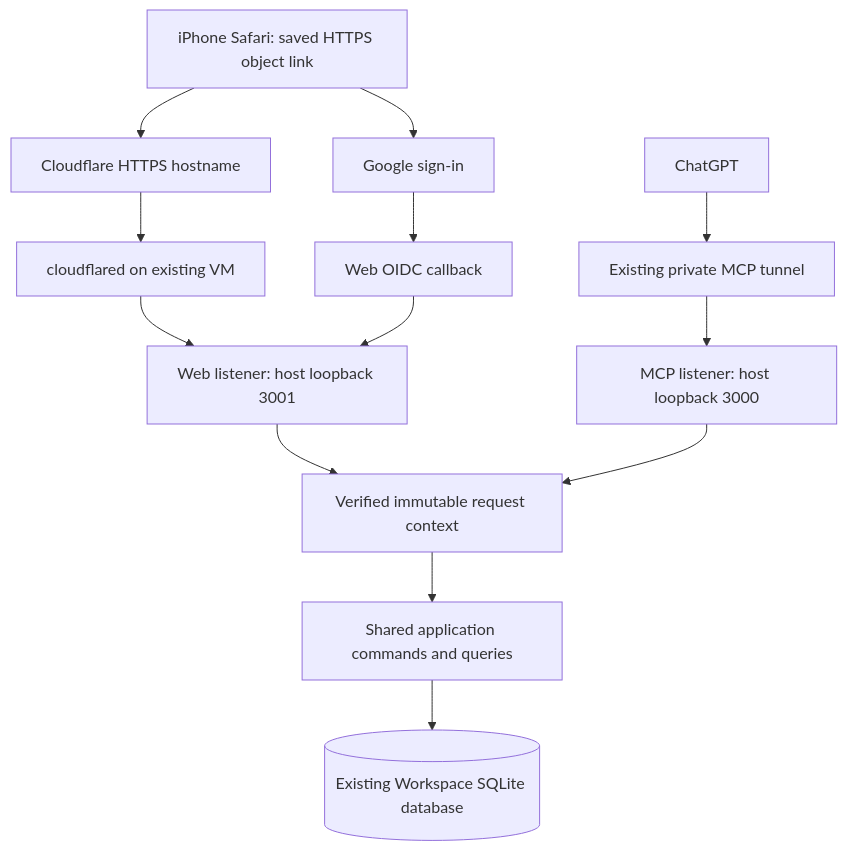
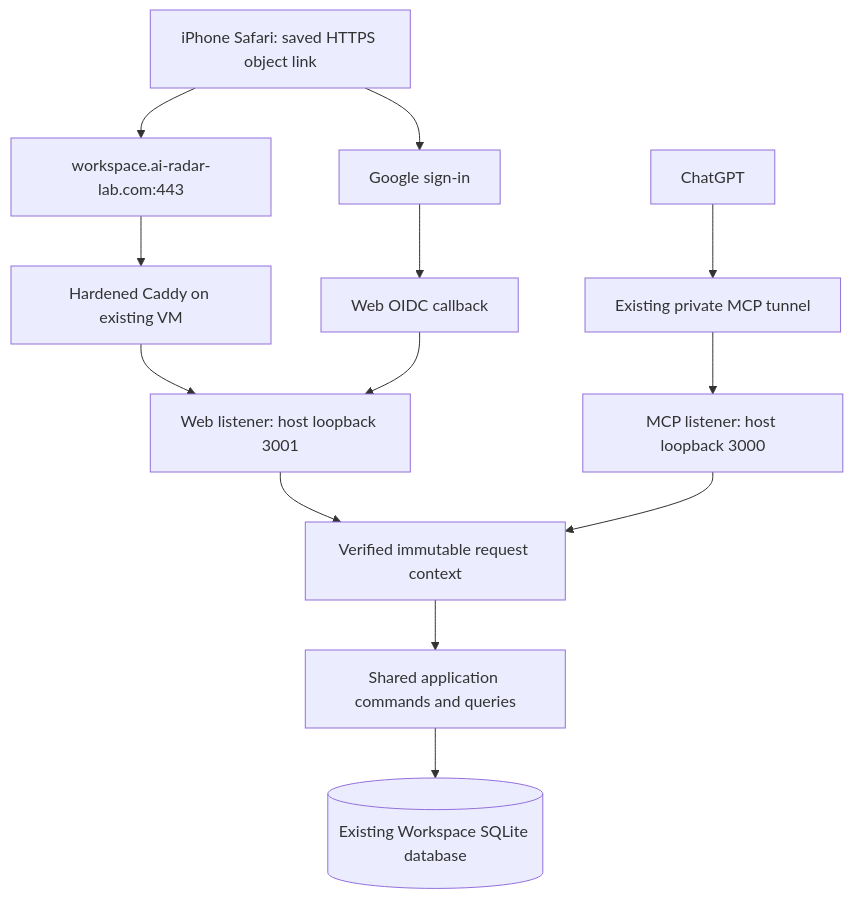
Before and after one commit to Andy-JunXiong/Personal-AI-Workspace: the diagram in docs/mvp/JOB_SEARCH_SECONDARY_INTERFACE_P0_v0.1.md, drawn with Mermaid. The commit also changed other lines of this file and 16 other files, not shown here.

Commit message:
feat: add AI Radar domain HTTPS ingress

````diff
--- a/docs/mvp/JOB_SEARCH_SECONDARY_INTERFACE_P0_v0.1.md
+++ b/docs/mvp/JOB_SEARCH_SECONDARY_INTERFACE_P0_v0.1.md
@@ -62,15 +65,15 @@
 ```mermaid
 flowchart TB
-    phone["iPhone Safari: saved HTTPS object link"] --> edge["Cloudflare HTTPS hostname"]
-    edge --> tunnel["cloudflared on existing VM"]
-    tunnel --> web["Web listener: host loopback 3001"]
+    phone["iPhone Safari: saved HTTPS object link"] --> edge["workspace.ai-radar-lab.com:443"]
+    edge --> ingress["Hardened Caddy on existing VM"]
+    ingress --> web["Web listener: host loopback 3001"]
     phone --> google["Google sign-in"]
     google --> callback["Web OIDC callback"]
     callback --> web
     chat["ChatGPT"] --> private["Existing private MCP tunnel"]
     private --> mcp["MCP listener: host loopback 3000"]
     web --> context["Verified immutable request context"]
     mcp --> context
     context --> services["Shared application commands and queries"]
     services --> db[("Existing Workspace SQLite database")]
 ```
````
